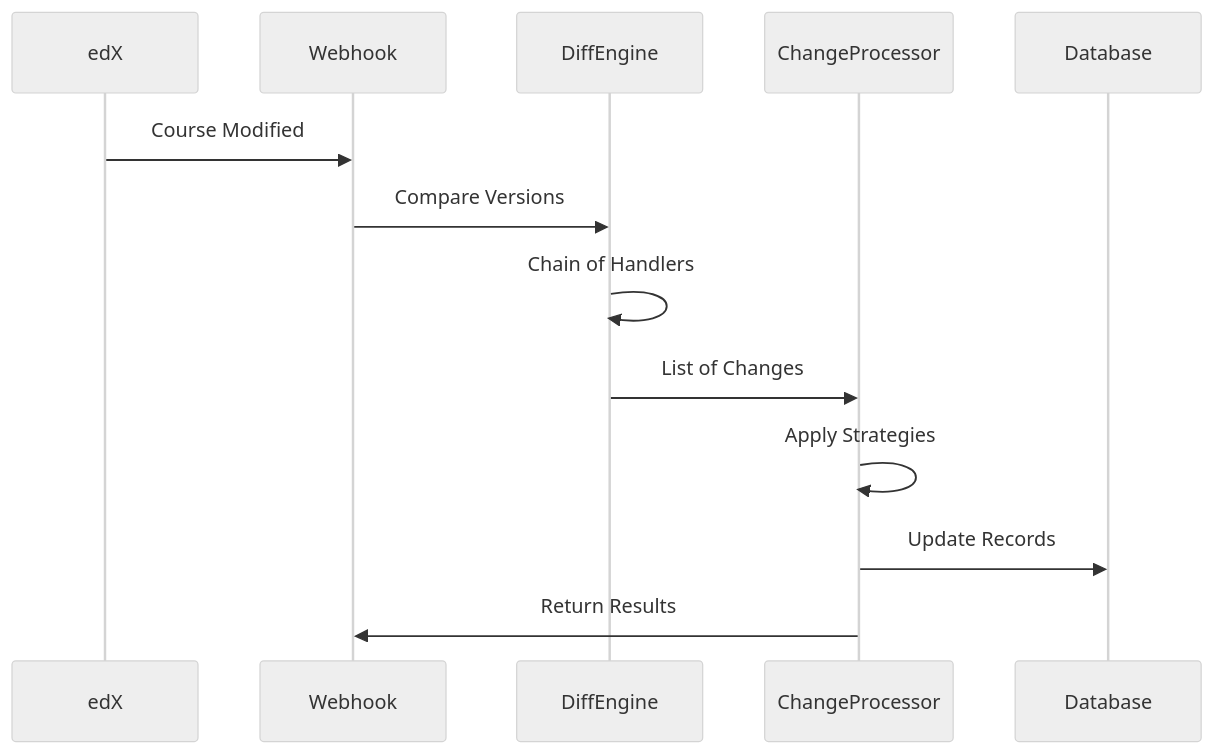
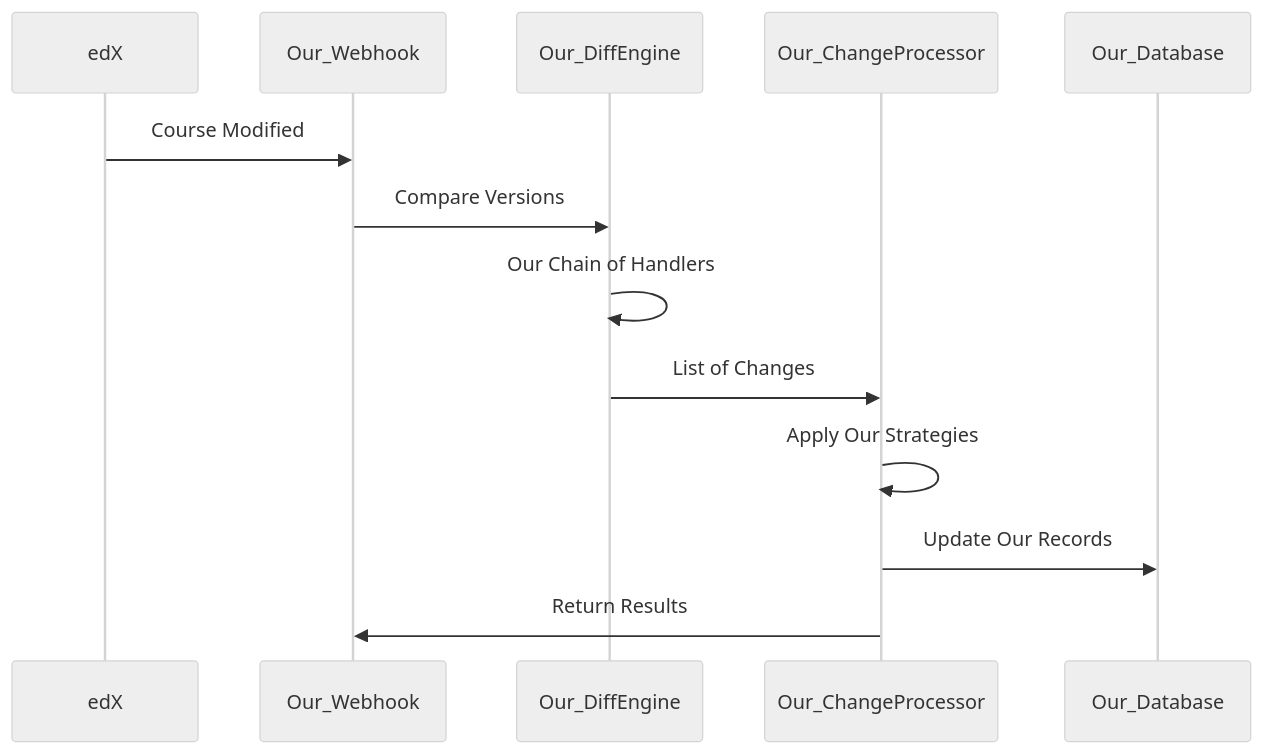
Before and after one commit to PempheroKamundi/course-sync: the second of 2 diagrams in README.md, drawn with Mermaid (neutral theme). The commit also changed other lines of this file, not shown here.

````diff
--- a/README.md
+++ b/README.md
@@ -123,16 +123,16 @@
 ```mermaid
 sequenceDiagram
     participant edX
-    participant Webhook
-    participant DiffEngine
-    participant ChangeProcessor
-    participant Database
+    participant Our_Webhook
+    participant Our_DiffEngine
+    participant Our_ChangeProcessor
+    participant Our_Database
     
-    edX->>Webhook: Course Modified
-    Webhook->>DiffEngine: Compare Versions
-    DiffEngine->>DiffEngine: Chain of Handlers
-    DiffEngine->>ChangeProcessor: List of Changes
-    ChangeProcessor->>ChangeProcessor: Apply Strategies
-    ChangeProcessor->>Database: Update Records
-    ChangeProcessor->>Webhook: Return Results
+    edX->>Our_Webhook: Course Modified
+    Our_Webhook->>Our_DiffEngine: Compare Versions
+    Our_DiffEngine->>Our_DiffEngine: Our Chain of Handlers
+    Our_DiffEngine->>Our_ChangeProcessor: List of Changes
+    Our_ChangeProcessor->>Our_ChangeProcessor: Apply Our Strategies
+    Our_ChangeProcessor->>Our_Database: Update Our Records
+    Our_ChangeProcessor->>Our_Webhook: Return Results
 ```
````
